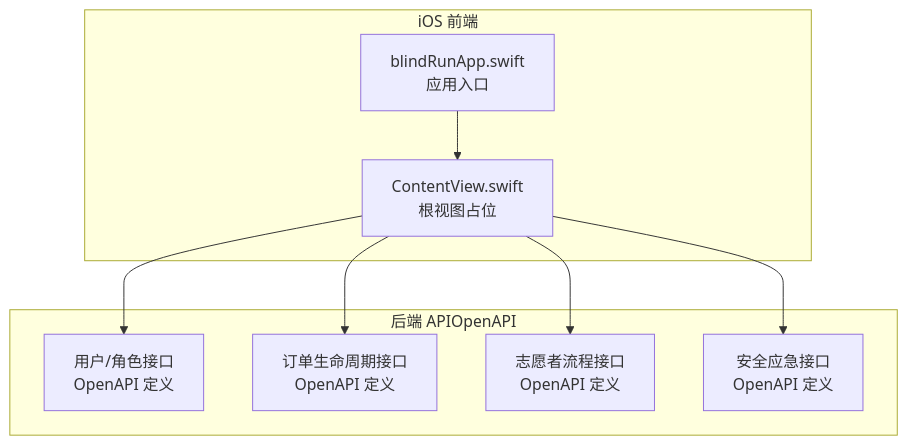
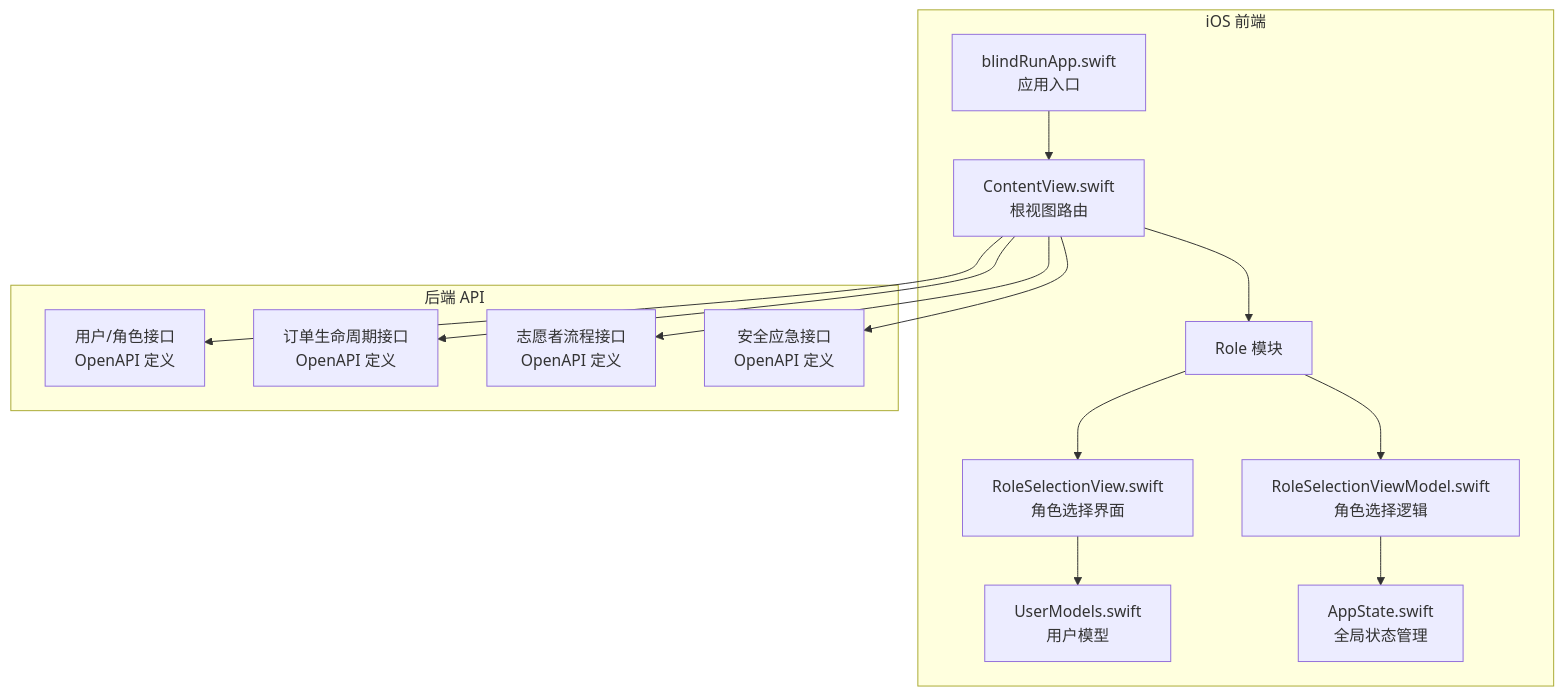
The first of 6 diagrams in .qoder/repowiki/zh/content/架构设计/模块化架构设计/Role 角色模块.md (Jayden23018/blind-run-ios), drawn with Mermaid before and after one commit. The commit also changed other lines of this file and 21 other files, not shown here.

````diff
--- a/.qoder/repowiki/zh/content/架构设计/模块化架构设计/Role 角色模块.md
+++ b/.qoder/repowiki/zh/content/架构设计/模块化架构设计/Role 角色模块.md
@@ -35,18 +50,28 @@
 ```mermaid
 graph TB
 subgraph "iOS 前端"
 A["blindRunApp.swift<br/>应用入口"]
-B["ContentView.swift<br/>根视图占位"]
+B["ContentView.swift<br/>根视图路由"]
+C["Role 模块"]
+D["RoleSelectionView.swift<br/>角色选择界面"]
+E["RoleSelectionViewModel.swift<br/>角色选择逻辑"]
+F["UserModels.swift<br/>用户模型"]
+G["AppState.swift<br/>全局状态管理"]
 end
-subgraph "后端 APIOpenAPI"
-C["用户/角色接口<br/>OpenAPI 定义"]
-D["订单生命周期接口<br/>OpenAPI 定义"]
-E["志愿者流程接口<br/>OpenAPI 定义"]
-F["安全应急接口<br/>OpenAPI 定义"]
+subgraph "后端 API"
+H["用户/角色接口<br/>OpenAPI 定义"]
+I["订单生命周期接口<br/>OpenAPI 定义"]
+J["志愿者流程接口<br/>OpenAPI 定义"]
+K["安全应急接口<br/>OpenAPI 定义"]
 end
 A --> B
 B --> C
-B --> D
-B --> E
-B --> F
+C --> D
+C --> E
+D --> F
+E --> G
+B --> H
+B --> I
+B --> J
+B --> K
 ```
````
